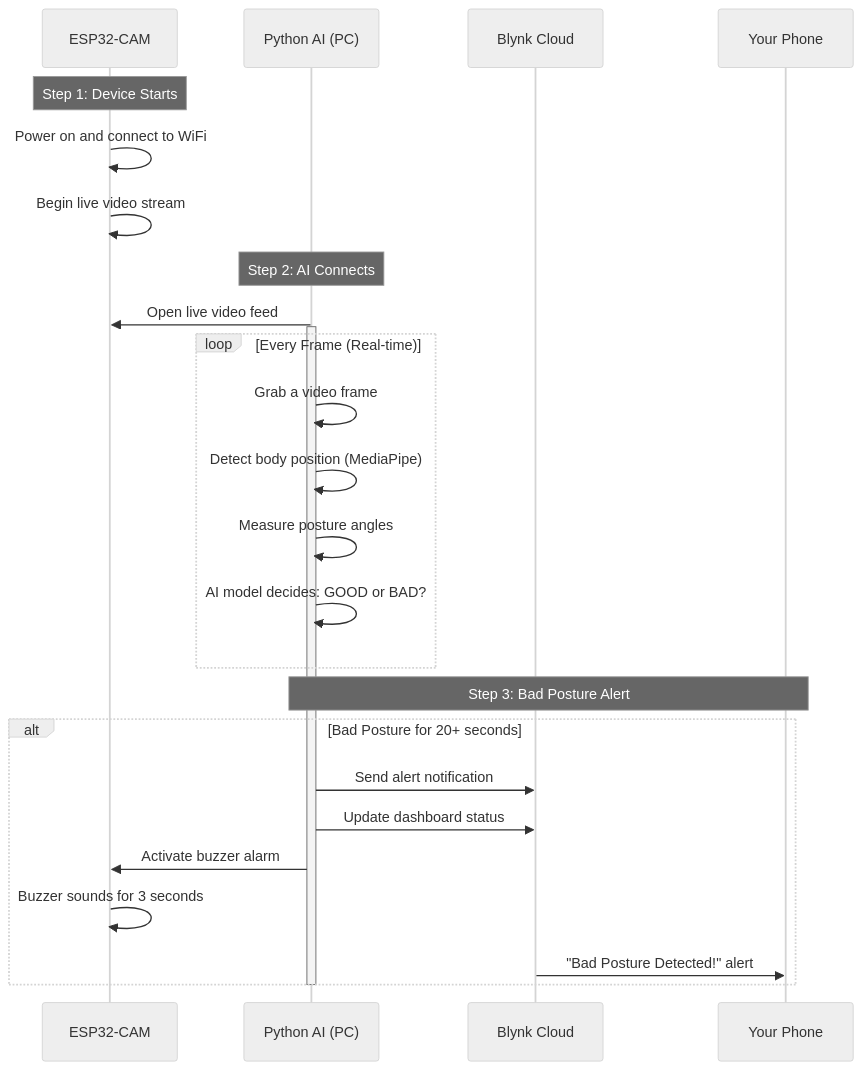
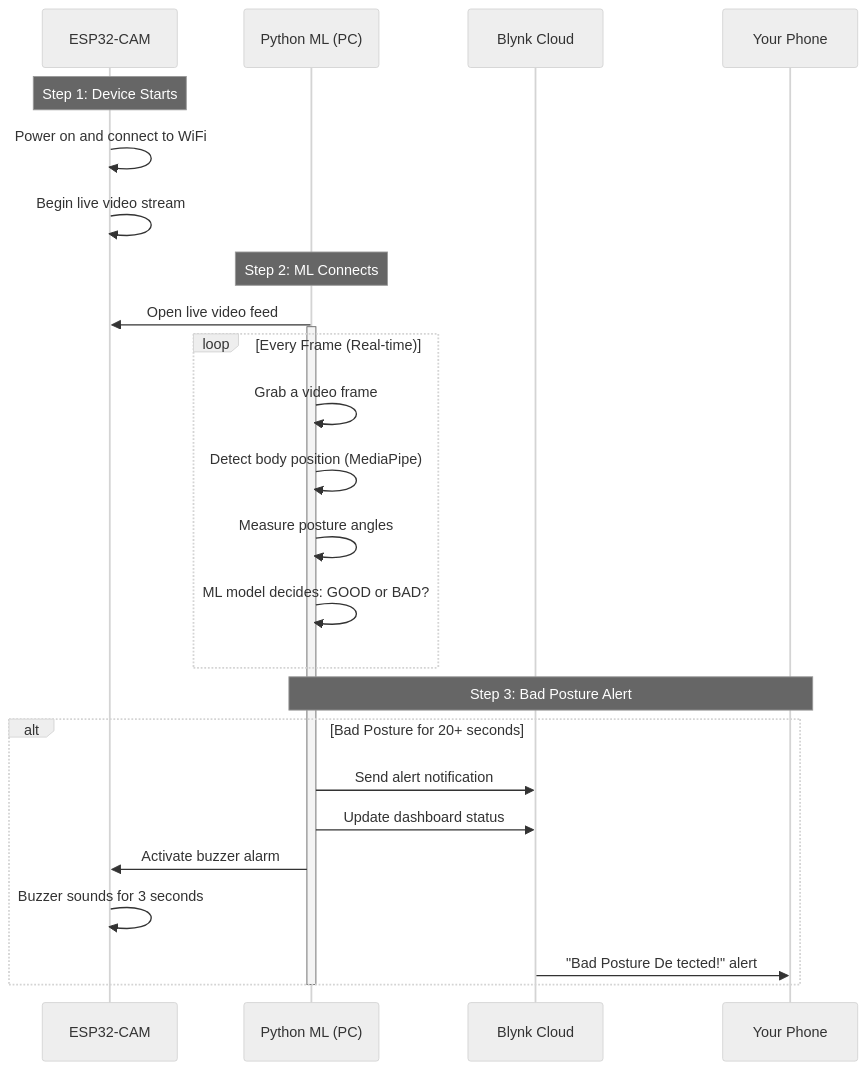
The second of 3 diagrams in README.md (Fatin007/Sitting_Posture_Detection), drawn with Mermaid (neutral theme) before and after one commit.

````diff
--- a/README.md
+++ b/README.md
@@ -76,33 +76,33 @@
 ```mermaid
 sequenceDiagram
     participant CAM as ESP32-CAM
-    participant AI as Python AI (PC)
+    participant ML as Python ML (PC)
     participant CLOUD as Blynk Cloud
     participant PHONE as Your Phone
 
     Note over CAM: Step 1: Device Starts
     CAM->>CAM: Power on and connect to WiFi
     CAM->>CAM: Begin live video stream
 
-    Note over AI: Step 2: AI Connects
-    AI->>CAM: Open live video feed
-    activate AI
+    Note over ML: Step 2: ML Connects
+    ML->>CAM: Open live video feed
+    activate ML
 
     loop Every Frame (Real-time)
-        AI->>AI: Grab a video frame
-        AI->>AI: Detect body position (MediaPipe)
-        AI->>AI: Measure posture angles
-        AI->>AI: AI model decides: GOOD or BAD?
+        ML->>ML: Grab a video frame
+        ML->>ML: Detect body position (MediaPipe)
+        ML->>ML: Measure posture angles
+        ML->>ML: ML model decides: GOOD or BAD?
     end
 
-    Note over AI,PHONE: Step 3: Bad Posture Alert
+    Note over ML,PHONE: Step 3: Bad Posture Alert
     alt Bad Posture for 20+ seconds
-        AI->>CLOUD: Send alert notification
-        AI->>CLOUD: Update dashboard status
-        AI->>CAM: Activate buzzer alarm
+        ML->>CLOUD: Send alert notification
+        ML->>CLOUD: Update dashboard status
+        ML->>CAM: Activate buzzer alarm
         CAM->>CAM: Buzzer sounds for 3 seconds
-        CLOUD->>PHONE: "Bad Posture Detected!" alert
+        CLOUD->>PHONE: "Bad Posture De tected!" alert
     end
 
-    deactivate AI
+    deactivate ML
 ```
````
